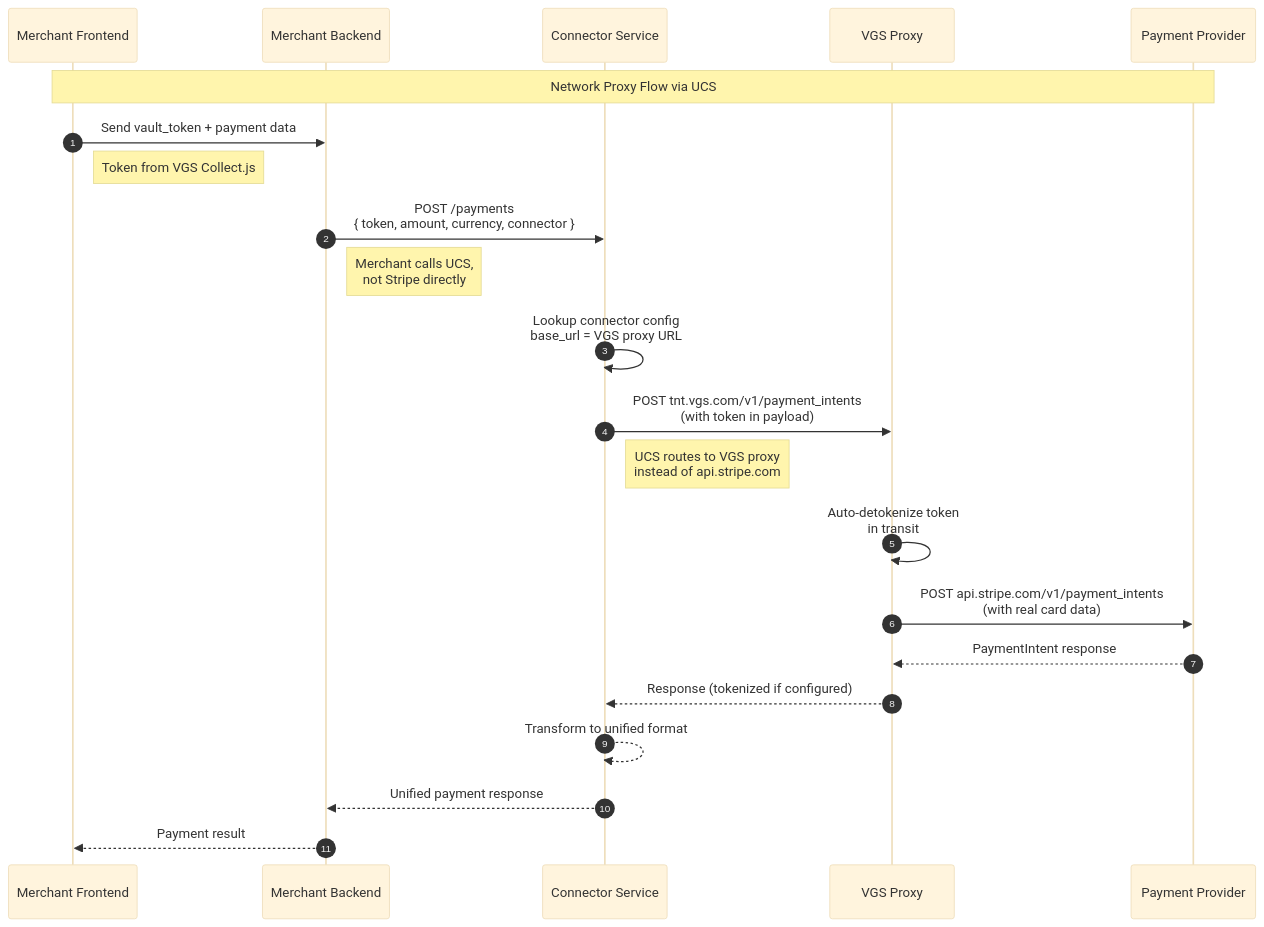
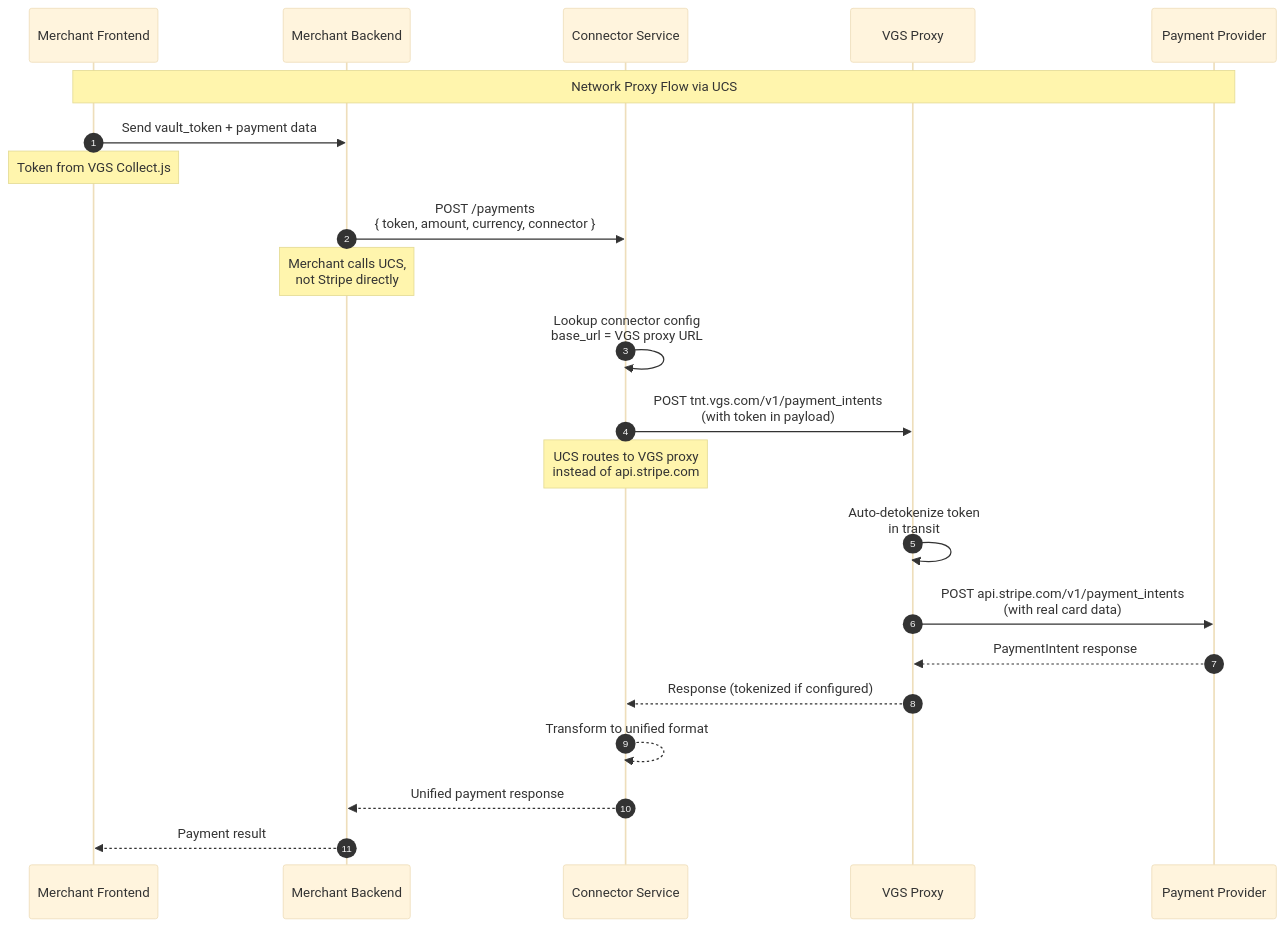
Before and after one commit to juspay/connector-service: the second of 2 diagrams in docs/pci-compliance/network-proxy.md, drawn with Mermaid (base theme). The commit also changed other lines of this file and 2 other files, not shown here.

Commit message:
docs: fix all mermaid diagram notes to use 'note over' consistently
Change all 'note right of' to 'note over' for single participants:
- README.md: note over connector-service
- application-proxy.md: note over UCS
- network-proxy.md: note over UCS, note over FE, note over BE

Also fix 'note over X,Y' spanning multiple participants to single participant:
- README.md: note over connector-service (was connector-service,Vault)
- application-proxy.md: note over UCS (was UCS,Vault)

This ensures clean, consistent rendering in mermaid diagrams.

````diff
--- a/docs/pci-compliance/network-proxy.md
+++ b/docs/pci-compliance/network-proxy.md
@@ -118,32 +118,32 @@
 ```mermaid
 sequenceDiagram
     autonumber
     participant FE as Merchant Frontend
     participant BE as Merchant Backend
     participant UCS as Connector Service
     participant VGS as VGS Proxy
     participant PSP as Payment Provider
 
     Note over FE,PSP: Network Proxy Flow via UCS
 
     FE->>BE: Send vault_token + payment data
-    Note right of FE: Token from VGS Collect.js
+    Note over FE: Token from VGS Collect.js
 
     BE->>UCS: POST /payments<br/>{ token, amount, currency, connector }
-    Note right of BE: Merchant calls UCS,<br/>not Stripe directly
+    Note over BE: Merchant calls UCS,<br/>not Stripe directly
 
     UCS->>UCS: Lookup connector config<br/>base_url = VGS proxy URL
 
     UCS->>VGS: POST tnt.vgs.com/v1/payment_intents<br/>(with token in payload)
-    Note right of UCS: UCS routes to VGS proxy<br/>instead of api.stripe.com
+    Note over UCS: UCS routes to VGS proxy<br/>instead of api.stripe.com
 
     VGS->>VGS: Auto-detokenize token<br/>in transit
 
     VGS->>PSP: POST api.stripe.com/v1/payment_intents<br/>(with real card data)
     PSP-->>VGS: PaymentIntent response
 
     VGS-->>UCS: Response (tokenized if configured)
     UCS-->>UCS: Transform to unified format
     UCS-->>BE: Unified payment response
     BE-->>FE: Payment result
 ```
````
